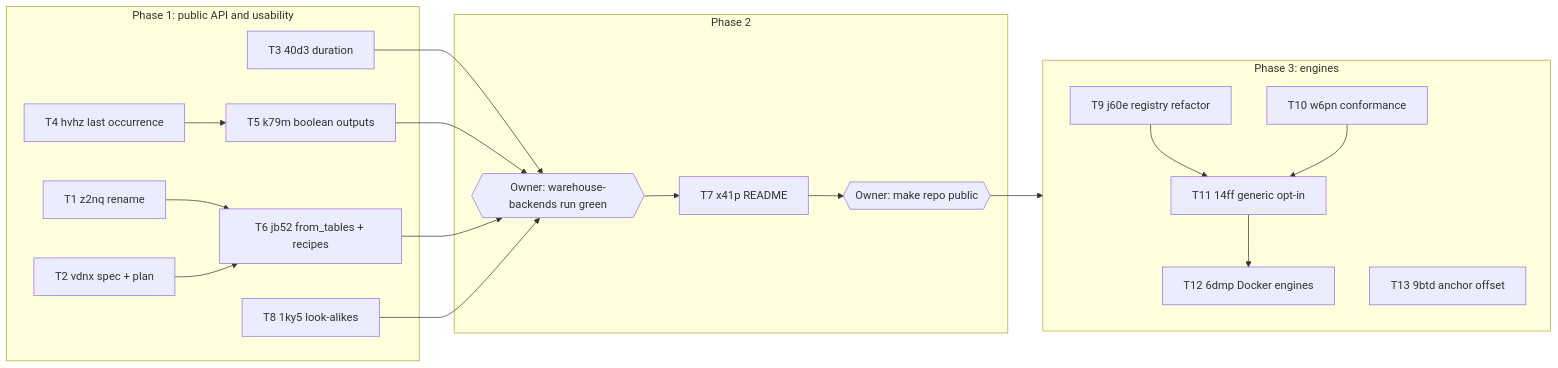
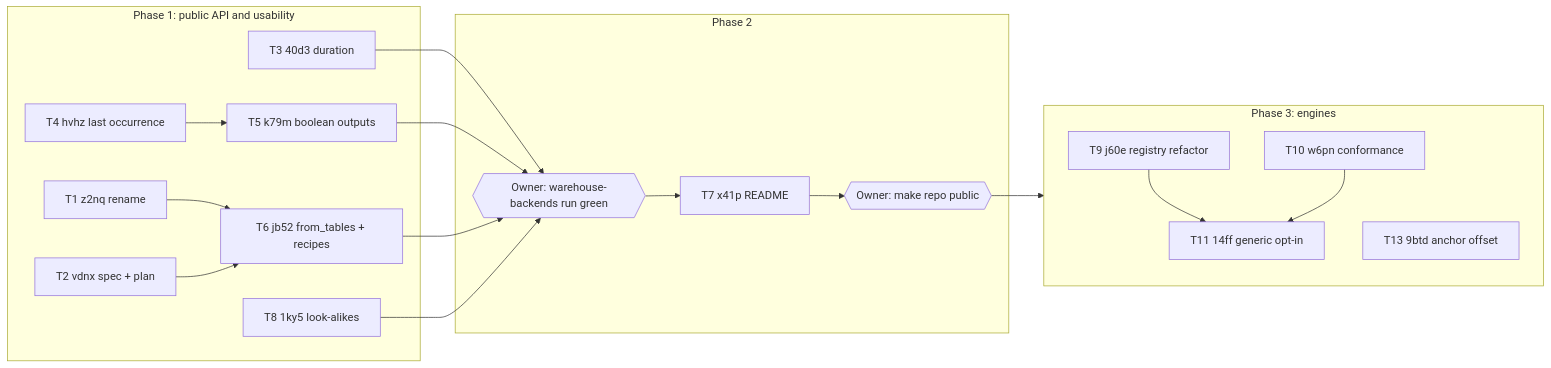
One commit to kylejcaron/terrine changed the diagram in docs/superpowers/plans/2026-10-26-public-readiness.md. Above: the diagram before and after it, drawn with Mermaid. The commit also changed other lines of this file, not shown here.

Commit message:
docs: drop new engines from the public readiness plan

````diff
--- a/docs/superpowers/plans/2026-10-26-public-readiness.md
+++ b/docs/superpowers/plans/2026-10-26-public-readiness.md
@@ -55,23 +55,23 @@
 ```mermaid
 flowchart LR
   subgraph P1[Phase 1: public API and usability]
     T1[T1 z2nq rename] --> T6[T6 jb52 from_tables + recipes]
     T2[T2 vdnx spec + plan] --> T6
     T3[T3 40d3 duration]
     T4[T4 hvhz last occurrence] --> T5[T5 k79m boolean outputs]
     T8[T8 1ky5 look-alikes]
   end
   subgraph P2[Phase 2]
     WB{{Owner: warehouse-backends run green}} --> T7[T7 x41p README] --> PUB{{Owner: make repo public}}
   end
   subgraph P3[Phase 3: engines]
     T9[T9 j60e registry refactor] --> T11[T11 14ff generic opt-in]
-    T10[T10 w6pn conformance] --> T11 --> T12[T12 6dmp Docker engines]
+    T10[T10 w6pn conformance] --> T11
     T13[T13 9btd anchor offset]
   end
   T3 --> WB
   T5 --> WB
   T6 --> WB
   T8 --> WB
   PUB --> P3
 ```
````
